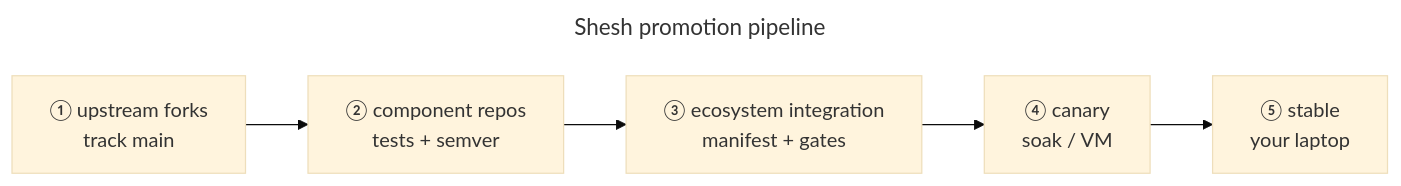
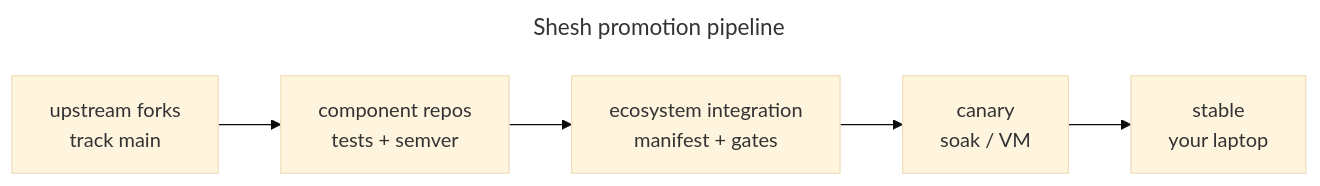
Before and after one commit to gaganjainse/shesh-docs: the second of 2 diagrams in src/product/overview.md, drawn with Mermaid (base theme). The commit also changed other lines of this file and 124 other files, not shown here.

````diff
--- a/src/product/overview.md
+++ b/src/product/overview.md
@@ -121,10 +138,10 @@
 ```mermaid
 ---
 title: Shesh promotion pipeline
 ---
 graph LR
-    U["① upstream forks<br/>track main"] --> C["② component repos<br/>tests + semver"]
-    C --> I["③ ecosystem integration<br/>manifest + gates"]
-    I --> K["④ canary<br/>soak / VM"]
-    K --> ST["⑤ stable<br/>your laptop"]
+    U["upstream forks<br/>track main"] --> C["component repos<br/>tests + semver"]
+    C --> I["ecosystem integration<br/>manifest + gates"]
+    I --> K["canary<br/>soak / VM"]
+    K --> ST["stable<br/>your laptop"]
 ```
````
